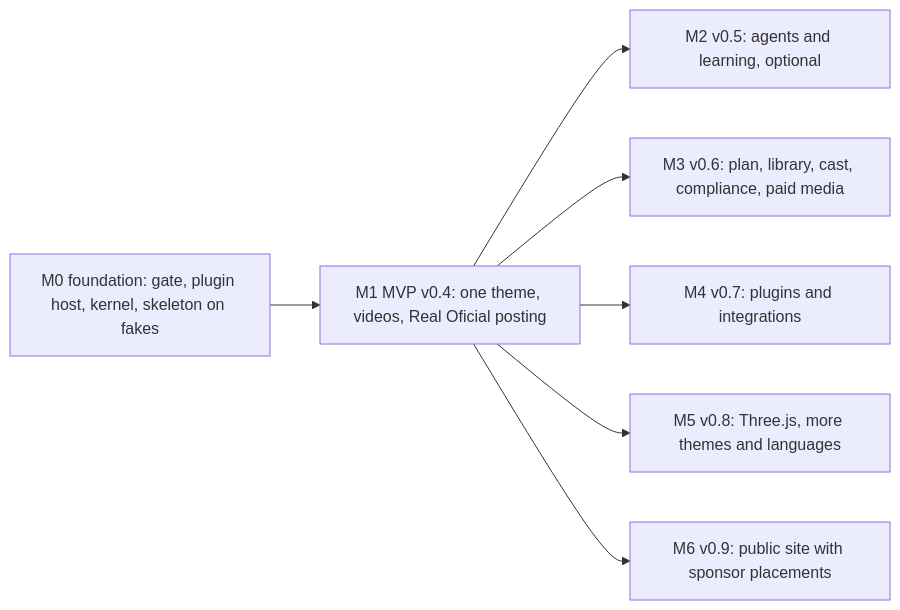
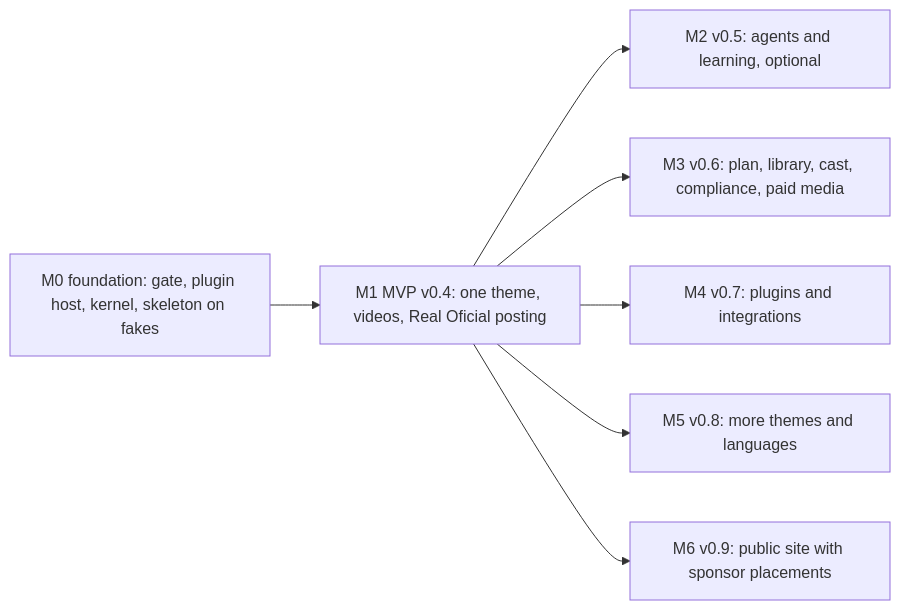
The sixth of 6 diagrams in README.md (simpletibr/simplicio-videos), drawn with Mermaid before and after one commit. The commit also changed other lines of this file and 36 other files, not shown here.

````diff
--- a/README.md
+++ b/README.md
@@ -221,9 +233,9 @@
 ```mermaid
 flowchart LR
   M0["M0 foundation: gate, plugin host, kernel, skeleton on fakes"] --> M1["M1 MVP v0.4: one theme, videos, Real Oficial posting"]
   M1 --> M2["M2 v0.5: agents and learning, optional"]
   M1 --> M3["M3 v0.6: plan, library, cast, compliance, paid media"]
   M1 --> M4["M4 v0.7: plugins and integrations"]
-  M1 --> M5["M5 v0.8: Three.js, more themes and languages"]
+  M1 --> M5["M5 v0.8: more themes and languages"]
   M1 --> M6["M6 v0.9: public site with sponsor placements"]
 ```
````
